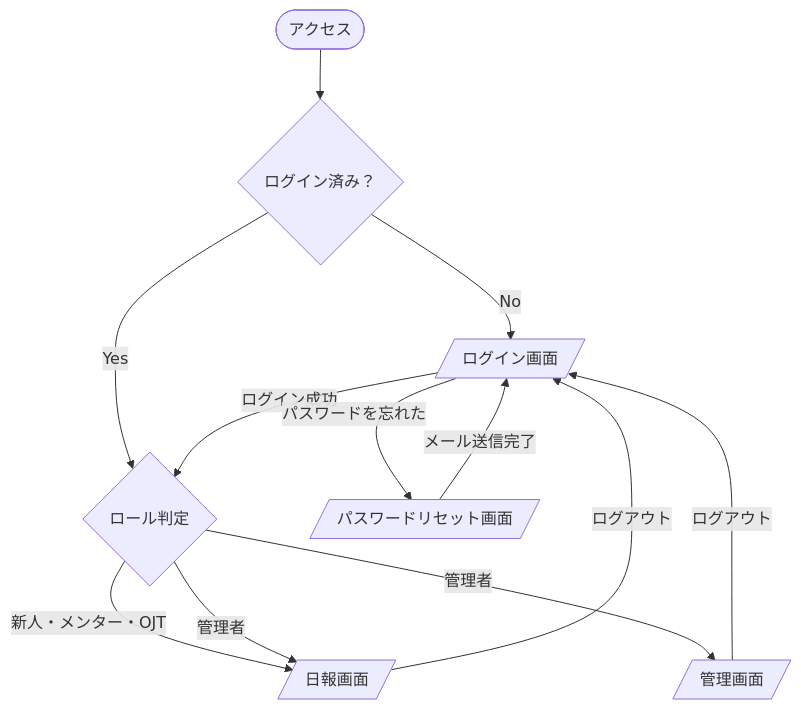
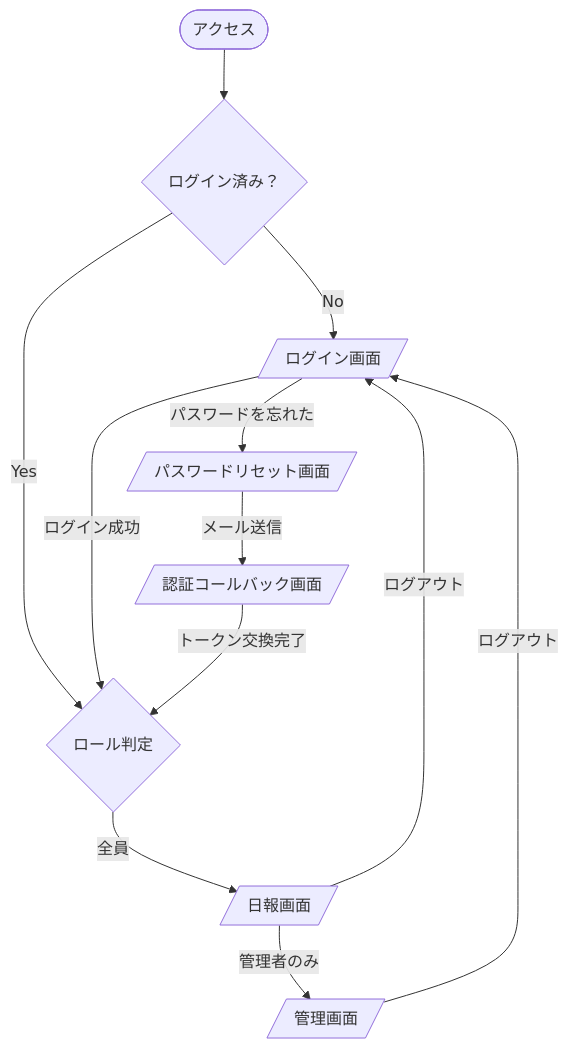
Before and after one commit to cct-ax/joynal: the diagram in docs/screen-flow.md, drawn with Mermaid. The commit also changed other lines of this file and 1 other file, not shown here.

Commit message:
docs: add confirm and error pages to screen list

````diff
--- a/docs/screen-flow.md
+++ b/docs/screen-flow.md
@@ -30,17 +33,17 @@
 ```mermaid
 flowchart TD
     Start([アクセス]) --> Auth{ログイン済み？}
     Auth -- No --> Login[/ログイン画面/]
     Auth -- Yes --> Role{ロール判定}
 
     Login -- ログイン成功 --> Role
     Login -- パスワードを忘れた --> Reset[/パスワードリセット画面/]
-    Reset -- メール送信完了 --> Login
+    Reset -- メール送信 --> Confirm[/認証コールバック画面/]
+    Confirm -- トークン交換完了 --> Role
 
-    Role -- 新人・メンター・OJT --> Report[/日報画面/]
-    Role -- 管理者 --> Report
-    Role -- 管理者 --> Admin[/管理画面/]
+    Role -- 全員 --> Report[/日報画面/]
+    Report -- 管理者のみ --> Admin[/管理画面/]
 
     Report -- ログアウト --> Login
     Admin -- ログアウト --> Login
 ```
````
